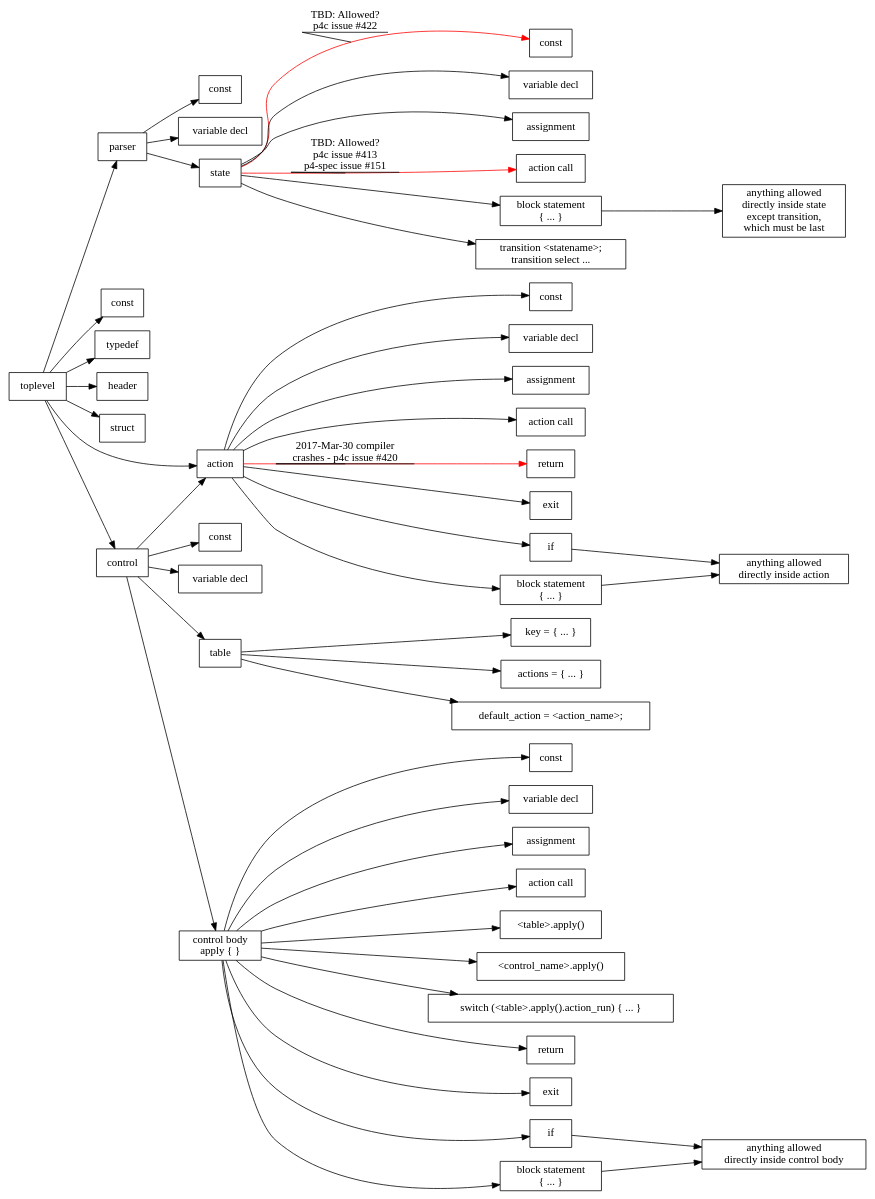
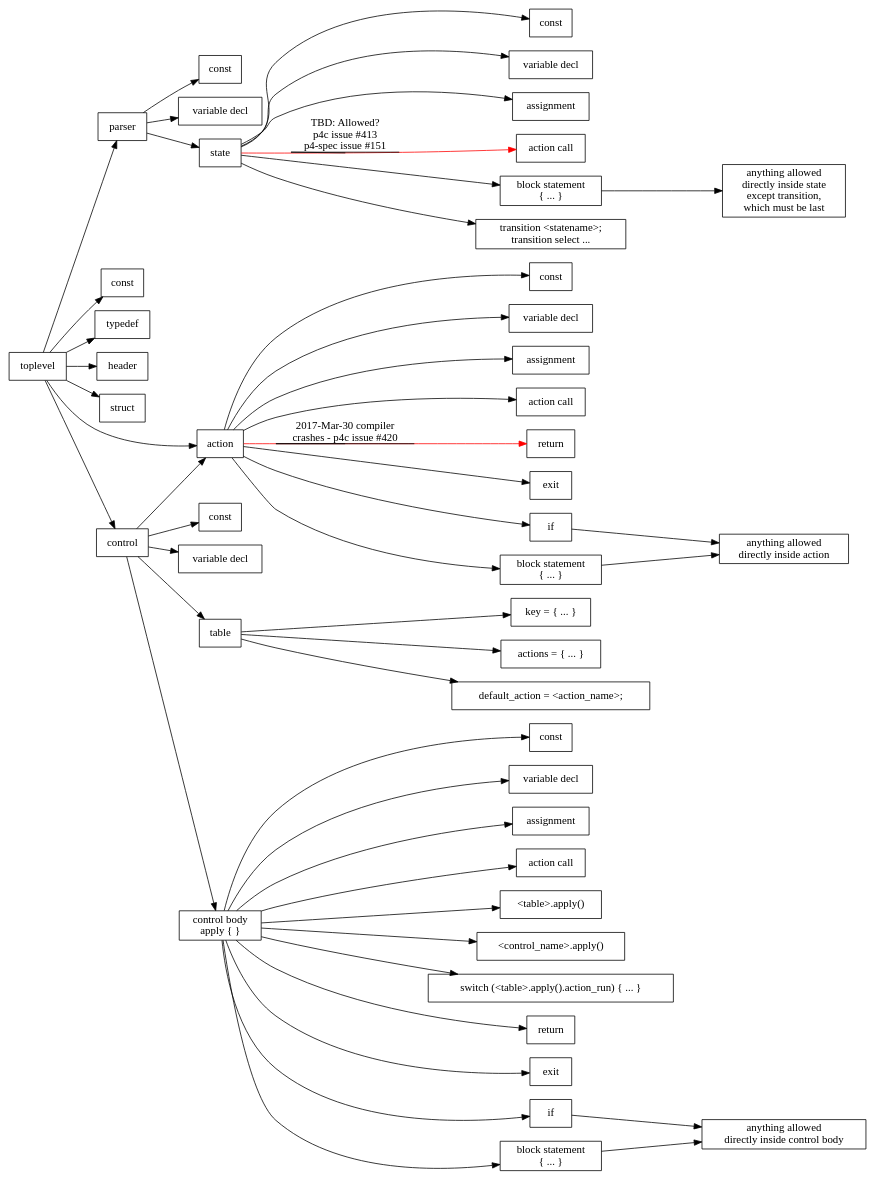
Before and after one commit to jafingerhut/p4-guide: the diagram in p4-16-allowed-constructs.dot, drawn with Graphviz. The commit also changed 3 other files, not shown here.

First line of the commit message:
Update to p4-16-allowed-constructs.{dot,txt} after p4c fix for issue #422

```diff
--- a/p4-16-allowed-constructs.dot
+++ b/p4-16-allowed-constructs.dot
@@ -1,136 +1,136 @@
 digraph p4_16_allowed_construct_nesting {
 
     node [shape=box];
     rankdir=LR;
     
     
     toplevel -> parserDeclaration;
     parserDeclaration [label="parser"];
     toplevel -> constantDeclaration1;
     constantDeclaration1 [label="const"];
     toplevel -> typedefDeclaration;
     typedefDeclaration [label="typedef"];
     toplevel -> headerTypeDeclaration;
     headerTypeDeclaration [label="header"];
     toplevel -> structTypeDeclaration;
     structTypeDeclaration [label="struct"];
     toplevel -> actionDeclaration;
     actionDeclaration [label="action"];
     toplevel -> controlDeclaration;
     controlDeclaration [label="control"];
 
     // this is 'parser <name> (<parameters>) { ... }'
     parserDeclaration -> constantDeclaration2;
     constantDeclaration2 [label="const"];
     parserDeclaration -> variableDeclaration2;
     variableDeclaration2 [label="variable decl"];
     parserDeclaration -> parserState;
 
     parserState [label="state"];
-    parserState -> constantDeclaration3 [color=red label="TBD: Allowed?\np4c issue #422" decorate=True];
+    parserState -> constantDeclaration3;
     constantDeclaration3 [label="const"];
     parserState -> variableDeclaration3;
     variableDeclaration3 [label="variable decl"];
     parserState -> assignmentStatement3;
     assignmentStatement3 [label="assignment"];
     parserState -> actionCallStatement3 [color=red label="TBD: Allowed?\np4c issue #413\np4-spec issue #151" decorate=True];
     actionCallStatement3 [label="action call"];
     parserState -> blockStatement3;
     blockStatement3 [label="block statement\n{ ... }"];
     blockStatement3 -> blockStatementInParserState;
     blockStatementInParserState [label="anything allowed\ndirectly inside state\nexcept transition,\nwhich must be last"];
     parserState -> transitionStatement;
     transitionStatement [label="transition <statename>;\ntransition select ..."];
 
     controlDeclaration -> constantDeclaration4;
     constantDeclaration4 [label="const"];
     controlDeclaration -> variableDeclaration4;
     variableDeclaration4 [label="variable decl"];
     controlDeclaration -> actionDeclaration;
     controlDeclaration -> tableDeclaration;
     controlDeclaration -> controlBody;
     controlBody [label="control body\napply { }"];
 
     tableDeclaration [label="table"];
     tableDeclaration -> tablePropertyKey;
     tablePropertyKey [label="key = { ... }"];
     tableDeclaration -> tablePropertyActions;
     tablePropertyActions [label="actions = { ... }"];
     tableDeclaration -> tablePropertyDefaultAction;
     tablePropertyDefaultAction [label="default_action = <action_name>;"];
 
     actionDeclaration -> constantDeclaration5;
     constantDeclaration5 [label="const"];
     actionDeclaration -> variableDeclaration5;
     variableDeclaration5 [label="variable decl"];
     actionDeclaration -> assignmentStatement5;
     assignmentStatement5 [label="assignment"];
     actionDeclaration -> actionCallStatement5;
     actionCallStatement5 [label="action call"];
     actionDeclaration -> returnStatement5 [color=red label="2017-Mar-30 compiler\ncrashes - p4c issue #420" decorate=True];
     returnStatement5 [label="return"];
     actionDeclaration -> exitStatement5;
     exitStatement5 [label="exit"];
     actionDeclaration -> conditionalStatement5;
     conditionalStatement5 [label="if"];
     conditionalStatement5 -> blockStatementInActionDeclaration;
     actionDeclaration -> blockStatement5;
     blockStatement5 [label="block statement\n{ ... }"];
     blockStatement5 -> blockStatementInActionDeclaration;
     blockStatementInActionDeclaration [label="anything allowed\ndirectly inside action"];
 
     // I am making up actionCallStatement.  It might most closely
     // correspond in P4_16 grammar to assignmentOrMethodCallStatement.
     //actionCallStatement
 
     controlBody -> constantDeclaration6;
     constantDeclaration6 [label="const"];
     controlBody -> variableDeclaration6;
     variableDeclaration6 [label="variable decl"];
     controlBody -> assignmentStatement6;
     assignmentStatement6 [label="assignment"];
     controlBody -> actionCallStatement6;
     actionCallStatement6 [label="action call"];
     controlBody -> tableApplyCall6;
     tableApplyCall6 [label="<table>.apply()"];
     controlBody -> controlCallStatement6;
     controlCallStatement6 [label="<control_name>.apply()"];
     controlBody -> switchStatement6;
     switchStatement6 [label="switch (<table>.apply().action_run) { ... }"];
     controlBody -> returnStatement6;
     returnStatement6 [label="return"];
     controlBody -> exitStatement6;
     exitStatement6 [label="exit"];
     controlBody -> conditionalStatement6;
     conditionalStatement6 [label="if"];
     conditionalStatement6 -> blockStatementInControlBody;
     controlBody -> blockStatement6;
     blockStatement6 [label="block statement\n{ ... }"];
     blockStatement6 -> blockStatementInControlBody;
     blockStatementInControlBody [label="anything allowed\ndirectly inside control body"];
 
 //    blockStatement [label="block statement\n{ ... }"];
 //    blockStatement -> constantDeclaration7;
 //    constantDeclaration7 [label="const"];
 //    blockStatement -> variableDeclaration7;
 //    variableDeclaration7 [label="variable decl"];
 //    blockStatement -> actionCallStatement7;
 //    actionCallStatement7 [label="action call"];
 //    blockStatement -> assignmentStatement7;
 //    assignmentStatement7 [label="assignment"];
 //    blockStatement -> blockStatement;
 //    blockStatement -> conditionalStatement7 [label="unless block is\ninside state" decorate=True];
 //    conditionalStatement7 [label="if"];
 //    conditionalStatement7 -> conditionalStatement7;
 //    blockStatement -> returnStatement7 [label="unless block is\ninside state" decorate=True];
 //    returnStatement7 [label="return"];
 //    blockStatement -> exitStatement7 [label="unless block is\ninside state" decorate=True];
 //    exitStatement7 [label="exit"];
 //    blockStatement -> tableApplyCall7 [label="only in\ncontrol body\n'apply'" decorate=True];
 //    tableApplyCall7 [label="<table>.apply()"];
 //    blockStatement -> switchStatement7 [label="only in\ncontrol body\n'apply'" decorate=True];
 //    switchStatement7 [label="switch (<table>.apply().action_run) { ... }"];
 
 //    conditionalStatement [label="if"];
 //    conditionalStatement -> conditionalStatement;
 }
```
